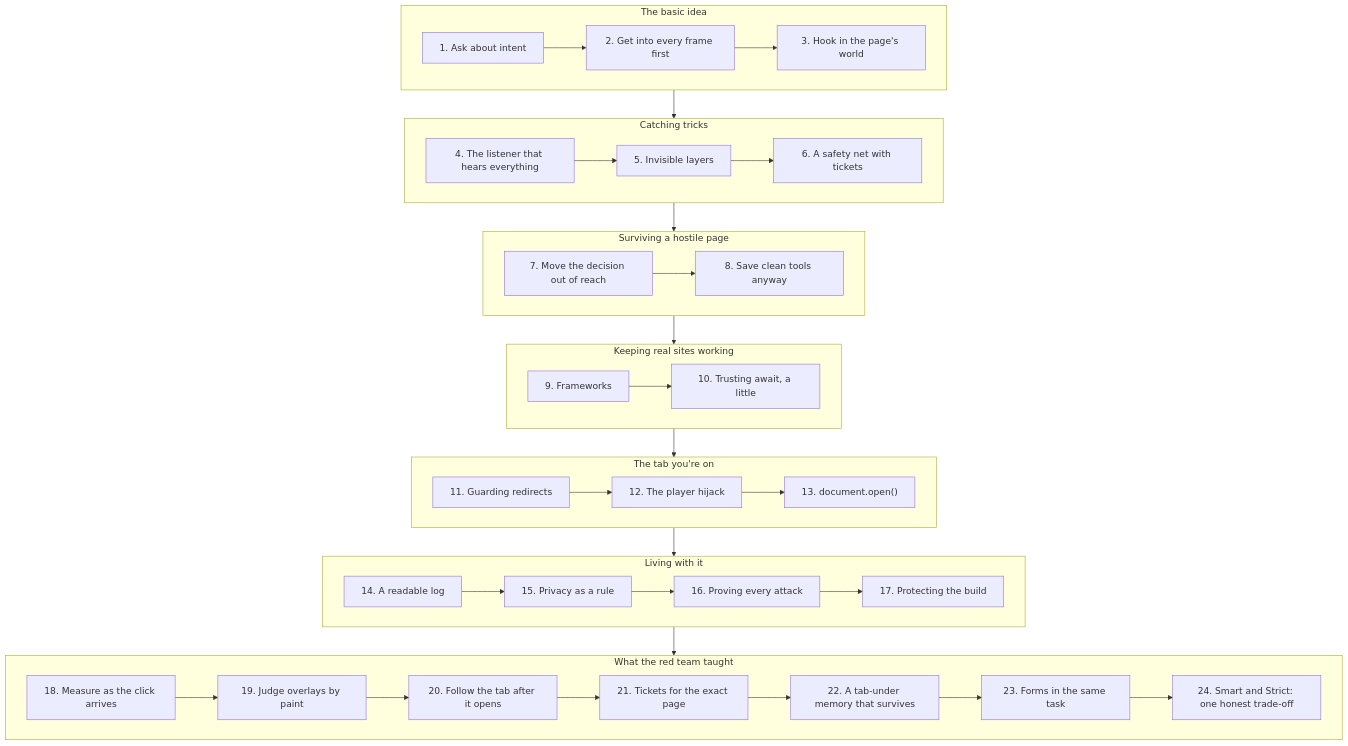
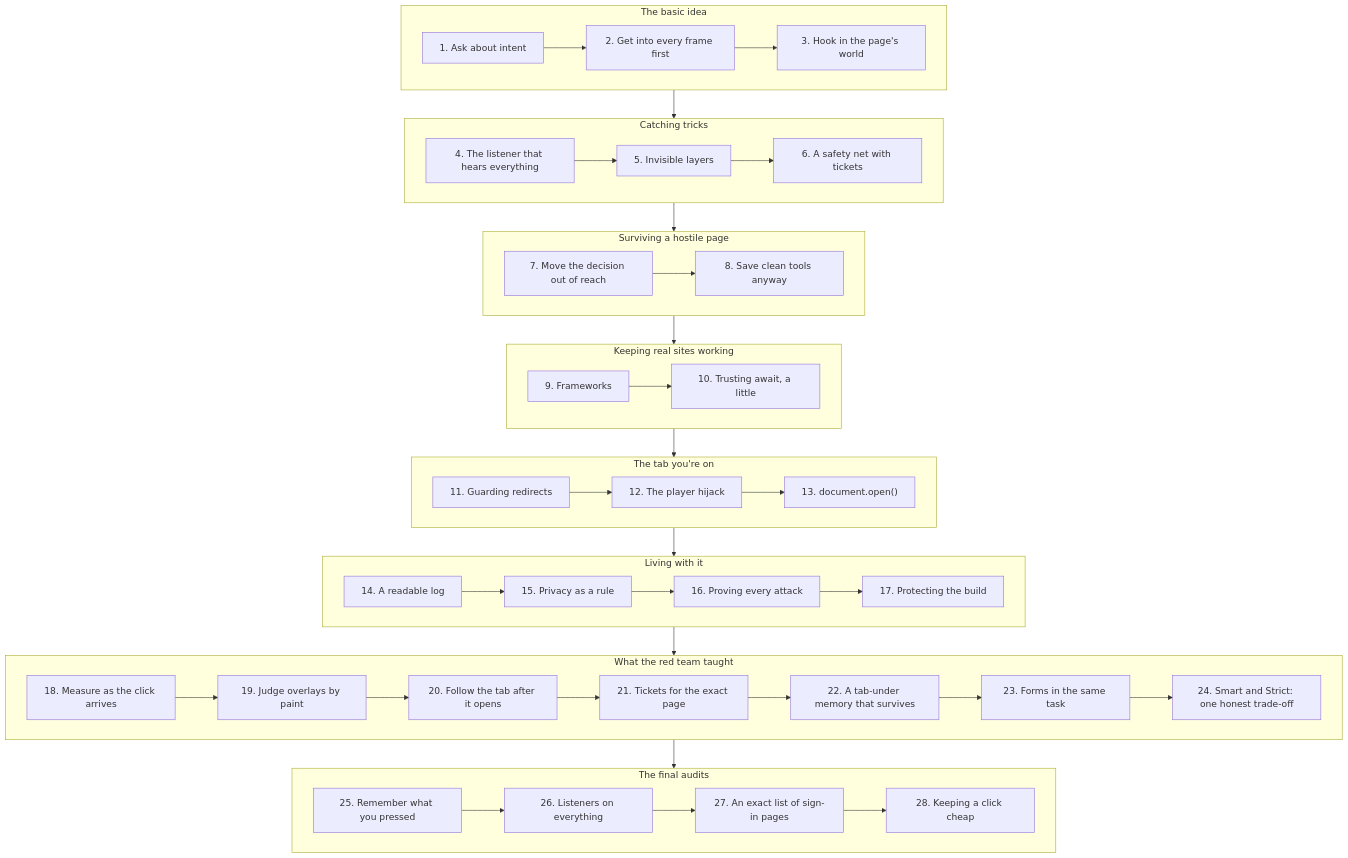
The first of 2 diagrams in docs/learn/04-decisions.md (madironman/popshield), drawn with Mermaid before and after one commit. The commit also changed other lines of this file and 14 other files, not shown here.

````diff
--- a/docs/learn/04-decisions.md
+++ b/docs/learn/04-decisions.md
@@ -17,32 +17,36 @@
 ```mermaid
 flowchart TD
     subgraph A["The basic idea"]
         D1["1. Ask about intent"] --> D2["2. Get into every frame first"]
         D2 --> D3["3. Hook in the page's world"]
     end
     subgraph B["Catching tricks"]
         D4["4. The listener that hears everything"] --> D5["5. Invisible layers"]
         D5 --> D6["6. A safety net with tickets"]
     end
     subgraph C["Surviving a hostile page"]
         D7["7. Move the decision out of reach"] --> D8["8. Save clean tools anyway"]
     end
     subgraph D["Keeping real sites working"]
         D9["9. Frameworks"] --> D10["10. Trusting await, a little"]
     end
     subgraph E["The tab you're on"]
         D11["11. Guarding redirects"] --> D12["12. The player hijack"]
         D12 --> D13["13. document.open()"]
     end
     subgraph F["Living with it"]
         D14["14. A readable log"] --> D15["15. Privacy as a rule"]
         D15 --> D16["16. Proving every attack"] --> D17["17. Protecting the build"]
     end
     subgraph G["What the red team taught"]
         D18["18. Measure as the click arrives"] --> D19["19. Judge overlays by paint"]
         D19 --> D20["20. Follow the tab after it opens"] --> D21["21. Tickets for the exact page"]
         D21 --> D22["22. A tab-under memory that survives"] --> D23["23. Forms in the same task"]
         D23 --> D24["24. Smart and Strict: one honest trade-off"]
     end
-    A --> B --> C --> D --> E --> F --> G
+    subgraph H["The final audits"]
+        D25["25. Remember what you pressed"] --> D26["26. Listeners on everything"]
+        D26 --> D27["27. An exact list of sign-in pages"] --> D28["28. Keeping a click cheap"]
+    end
+    A --> B --> C --> D --> E --> F --> G --> H
 ```
````
